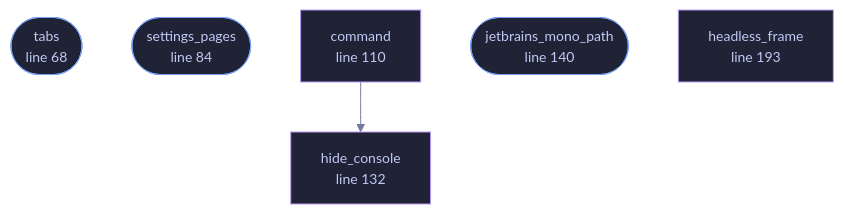
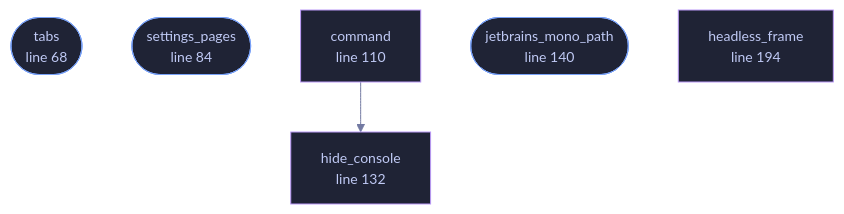
Before and after one commit to tilas01/veilvoice: the diagram in docs/files/veilvoice-gui/lib.md, drawn with Mermaid. The commit also changed other lines of this file and 57 other files, not shown here.

````diff
--- a/docs/files/veilvoice-gui/lib.md
+++ b/docs/files/veilvoice-gui/lib.md
@@ -106,23 +106,23 @@
 ```mermaid
 %%{init: {"theme":"base","themeVariables":{"background":"#1a1b26","primaryColor":"#1f2335","primaryTextColor":"#c0caf5","primaryBorderColor":"#7aa2f7","secondaryColor":"#16161e","tertiaryColor":"#16161e","lineColor":"#737aa2","textColor":"#c0caf5","mainBkg":"#1f2335","nodeBorder":"#7aa2f7","clusterBkg":"#16161e","clusterBorder":"#2f3549","fontFamily":"ui-monospace, SFMono-Regular, Consolas, monospace","fontSize":"14px"}}}%%
 flowchart TD
     n_tabs(["tabs<br/>line 68"])
     n_settings_pages(["settings_pages<br/>line 84"])
     n_command["command<br/>line 110"]
     n_hide_console["hide_console<br/>line 122"]
     n_hide_console["hide_console<br/>line 132"]
     n_jetbrains_mono_path(["jetbrains_mono_path<br/>line 140"])
-    n_headless_frame["headless_frame<br/>line 193"]
+    n_headless_frame["headless_frame<br/>line 194"]
     n_command --> n_hide_console
     click n_tabs href "https://github.com/tilas01/veilvoice/blob/main/crates/veilvoice-gui/src/lib.rs#L68" "open the source"
     click n_settings_pages href "https://github.com/tilas01/veilvoice/blob/main/crates/veilvoice-gui/src/lib.rs#L84" "open the source"
     click n_command href "https://github.com/tilas01/veilvoice/blob/main/crates/veilvoice-gui/src/lib.rs#L110" "open the source"
     click n_hide_console href "https://github.com/tilas01/veilvoice/blob/main/crates/veilvoice-gui/src/lib.rs#L122" "open the source"
     click n_hide_console href "https://github.com/tilas01/veilvoice/blob/main/crates/veilvoice-gui/src/lib.rs#L132" "open the source"
     click n_jetbrains_mono_path href "https://github.com/tilas01/veilvoice/blob/main/crates/veilvoice-gui/src/lib.rs#L140" "open the source"
-    click n_headless_frame href "https://github.com/tilas01/veilvoice/blob/main/crates/veilvoice-gui/src/lib.rs#L193" "open the source"
+    click n_headless_frame href "https://github.com/tilas01/veilvoice/blob/main/crates/veilvoice-gui/src/lib.rs#L194" "open the source"
     classDef entry fill:#1f2335,stroke:#7aa2f7,color:#c0caf5
     class n_tabs,n_settings_pages,n_jetbrains_mono_path entry
     classDef helper fill:#1f2335,stroke:#bb9af7,color:#c0caf5
     class n_command,n_hide_console,n_hide_console,n_headless_frame helper
 ```
````
